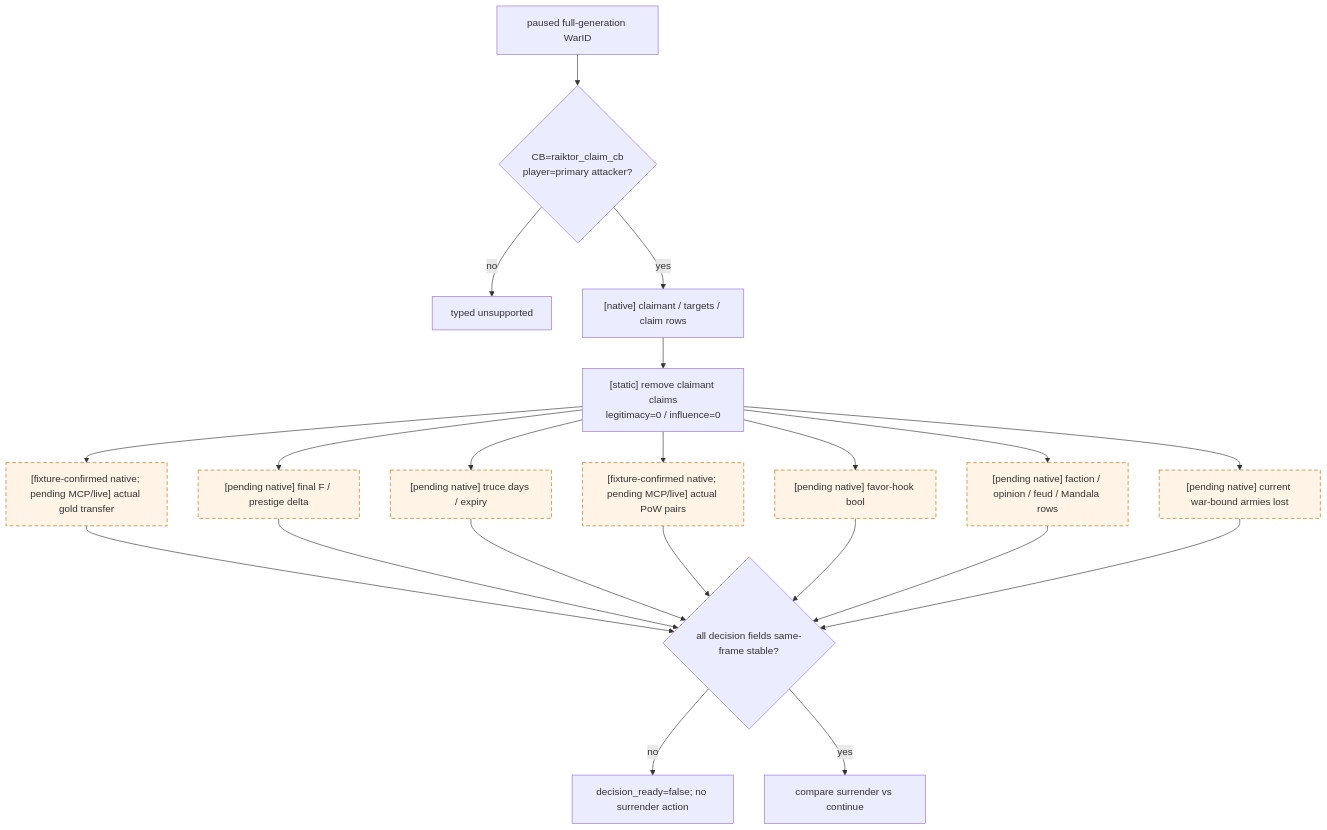
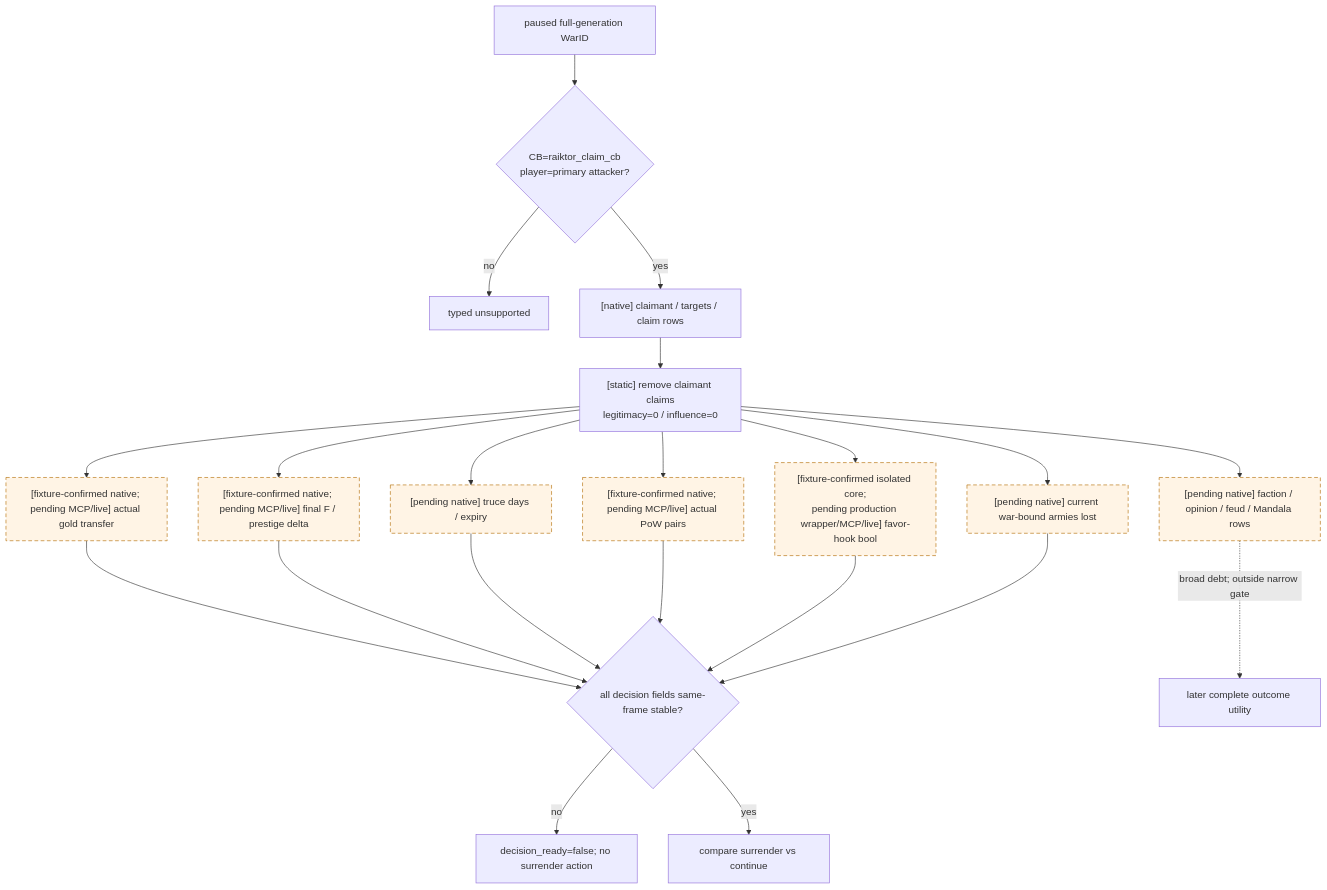
Diagram 16 of 16 in docs/ck3-native-ai/war-termination.md (XenoAmess/ck3_eternal_recurrence), drawn with Mermaid before and after one commit. The commit also changed other lines of this file and 59 other files, not shown here.

````diff
--- a/docs/ck3-native-ai/war-termination.md
+++ b/docs/ck3-native-ai/war-termination.md
@@ -1538,25 +1538,25 @@
 ```mermaid
 flowchart TD
     W["paused full-generation WarID"] --> I{"CB=raiktor_claim_cb<br/>player=primary attacker?"}
     I -->|no| U["typed unsupported"]
     I -->|yes| C["[native] claimant / targets / claim rows"]
     C --> S["[static] remove claimant claims<br/>legitimacy=0 / influence=0"]
     S --> G["[fixture-confirmed native; pending MCP/live] actual gold transfer"]
-    S --> F["[pending native] final F / prestige delta"]
+    S --> F["[fixture-confirmed native; pending MCP/live] final F / prestige delta"]
     S --> T["[pending native] truce days / expiry"]
     S --> P["[fixture-confirmed native; pending MCP/live] actual PoW pairs"]
-    S --> H["[pending native] favor-hook bool"]
+    S --> H["[fixture-confirmed isolated core;<br/>pending production wrapper/MCP/live] favor-hook bool"]
     S --> R["[pending native] faction / opinion / feud / Mandala rows"]
     S --> A["[pending native] current war-bound armies lost"]
     G --> D{"all decision fields same-frame stable?"}
     F --> D
     T --> D
     P --> D
     H --> D
-    R --> D
     A --> D
+    R -. "broad debt; outside narrow gate" .-> B["later complete outcome utility"]
     D -->|no| X["decision_ready=false; no surrender action"]
     D -->|yes| E["compare surrender vs continue"]
     classDef pending stroke-dasharray:6 4,fill:#fff4e5,stroke:#b36b00;
     class G,F,T,P,H,R,A pending;
 ```
````
